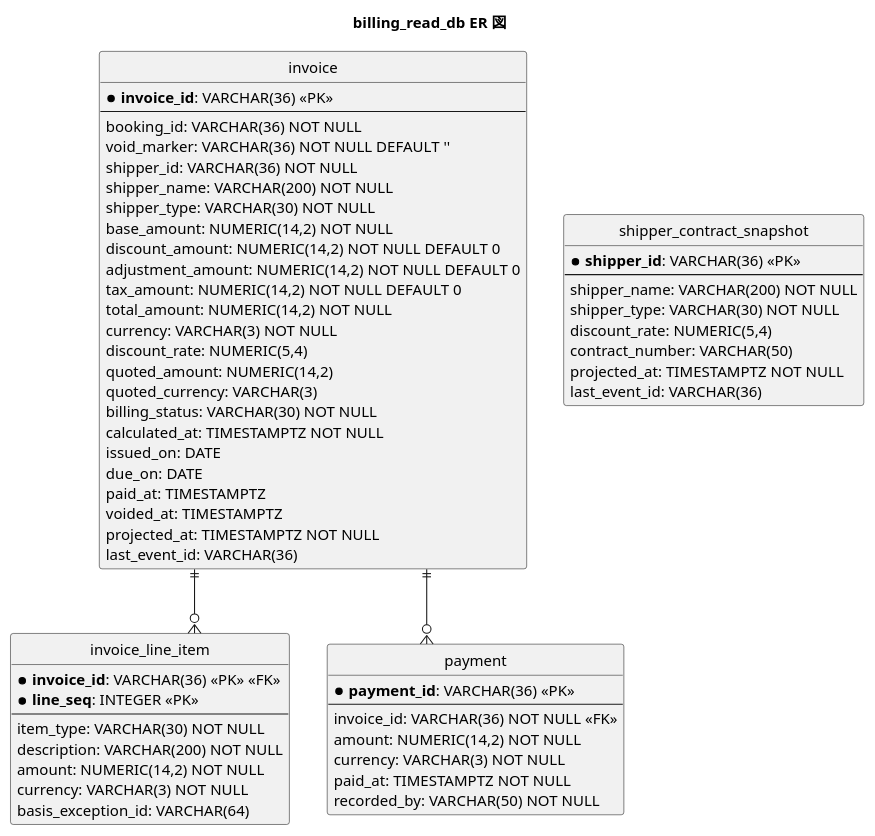
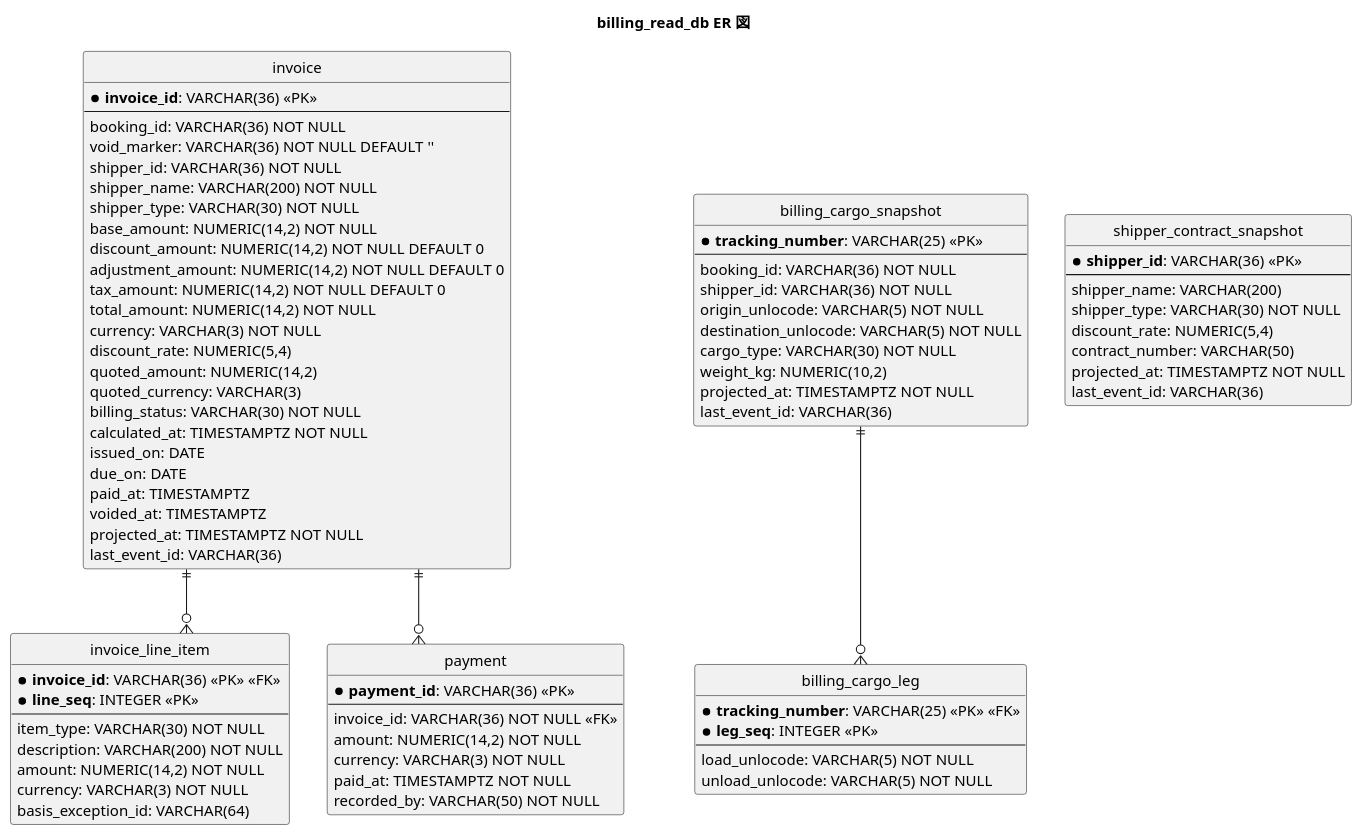
One commit to k2works/case-study-cargo-tracker changed the eighth of 10 diagrams in docs/design/cargo-tracker/data-model.md. Above: the diagram before and after it, drawn with PlantUML. The commit also changed other lines of this file and 83 other files, not shown here.

````diff
--- a/docs/design/cargo-tracker/data-model.md
+++ b/docs/design/cargo-tracker/data-model.md
@@ -714,10 +714,31 @@
   recorded_by: VARCHAR(50) NOT NULL
 }
 
+entity "billing_cargo_snapshot" as bcs {
+  * **tracking_number**: VARCHAR(25) <<PK>>
+  --
+  booking_id: VARCHAR(36) NOT NULL
+  shipper_id: VARCHAR(36) NOT NULL
+  origin_unlocode: VARCHAR(5) NOT NULL
+  destination_unlocode: VARCHAR(5) NOT NULL
+  cargo_type: VARCHAR(30) NOT NULL
+  weight_kg: NUMERIC(10,2)
+  projected_at: TIMESTAMPTZ NOT NULL
+  last_event_id: VARCHAR(36)
+}
+
+entity "billing_cargo_leg" as bcl {
+  * **tracking_number**: VARCHAR(25) <<PK>> <<FK>>
+  * **leg_seq**: INTEGER <<PK>>
+  --
+  load_unlocode: VARCHAR(5) NOT NULL
+  unload_unlocode: VARCHAR(5) NOT NULL
+}
+
 entity "shipper_contract_snapshot" as scs {
   * **shipper_id**: VARCHAR(36) <<PK>>
   --
-  shipper_name: VARCHAR(200) NOT NULL
+  shipper_name: VARCHAR(200)
   shipper_type: VARCHAR(30) NOT NULL
   discount_rate: NUMERIC(5,4)
   contract_number: VARCHAR(50)
@@ -727,5 +748,6 @@
 
 inv ||--o{ li
 inv ||--o{ pay
+bcs ||--o{ bcl
 @enduml
 ```
````
